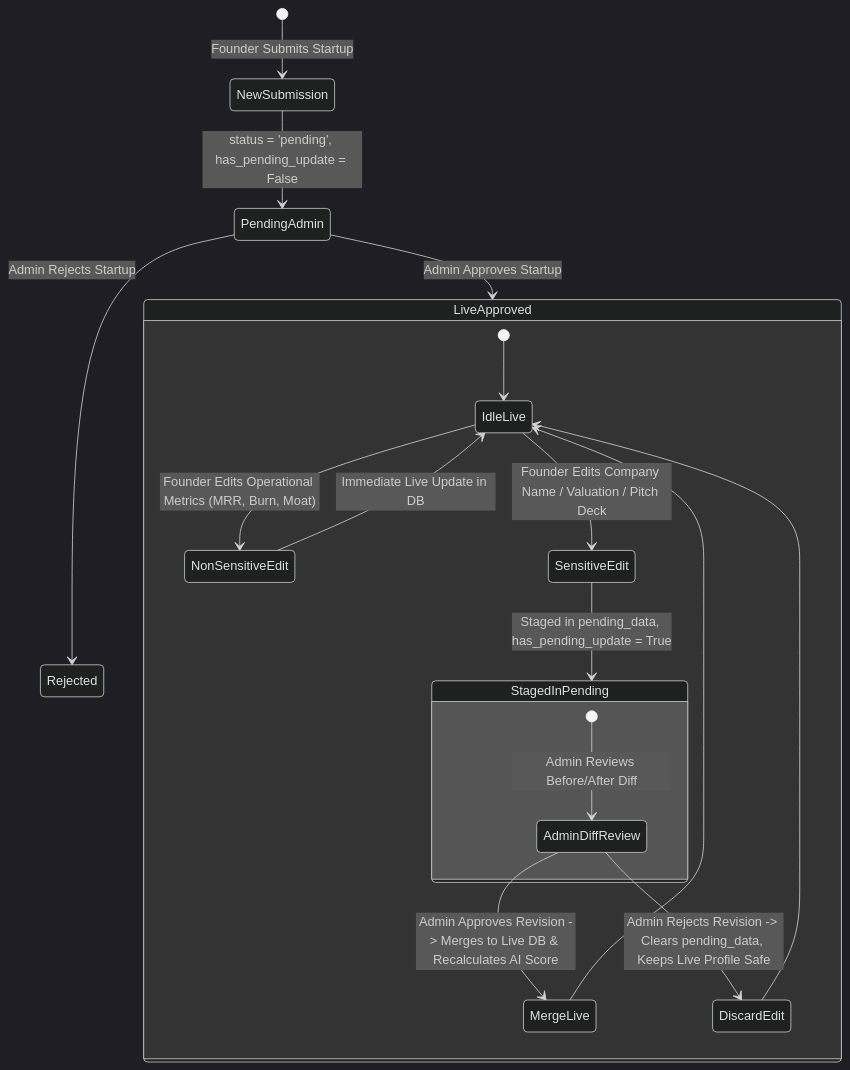
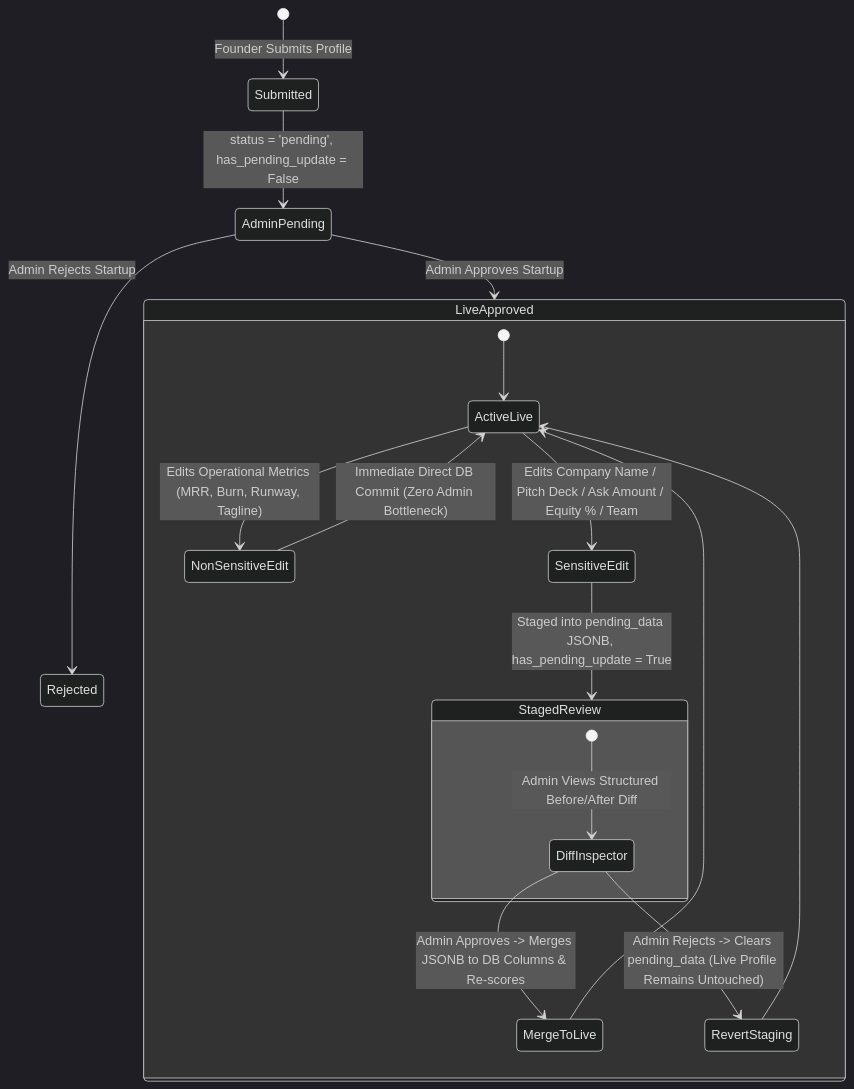
The fourth of 4 diagrams in README.md (AadithyaNayakV/Startup-Foundary), drawn with Mermaid (dark theme) before and after one commit. The commit also changed other lines of this file and 4 other files, not shown here.

Commit message:
feat: implement startup creation and editing UI with integrated team member management and backend service integration

````diff
--- a/README.md
+++ b/README.md
@@ -222,25 +173,25 @@
 ```mermaid
 stateDiagram-v2
-    [*] --> NewSubmission: Founder Submits Startup
-    NewSubmission --> PendingAdmin: status = 'pending', has_pending_update = False
+    [*] --> Submitted: Founder Submits Profile
+    Submitted --> AdminPending: status = 'pending', has_pending_update = False
     
-    PendingAdmin --> LiveApproved: Admin Approves Startup
-    PendingAdmin --> Rejected: Admin Rejects Startup
+    AdminPending --> LiveApproved: Admin Approves Startup
+    AdminPending --> Rejected: Admin Rejects Startup
     
     state LiveApproved {
-        [*] --> IdleLive
-        IdleLive --> NonSensitiveEdit: Founder Edits Operational Metrics (MRR, Burn, Moat)
-        NonSensitiveEdit --> IdleLive: Immediate Live Update in DB
+        [*] --> ActiveLive
+        ActiveLive --> NonSensitiveEdit: Edits Operational Metrics (MRR, Burn, Runway, Tagline)
+        NonSensitiveEdit --> ActiveLive: Immediate Direct DB Commit (Zero Admin Bottleneck)
         
-        IdleLive --> SensitiveEdit: Founder Edits Company Name / Valuation / Pitch Deck
-        SensitiveEdit --> StagedInPending: Staged in pending_data, has_pending_update = True
+        ActiveLive --> SensitiveEdit: Edits Company Name / Pitch Deck / Ask Amount / Equity % / Team
+        SensitiveEdit --> StagedReview: Staged into pending_data JSONB, has_pending_update = True
         
-        state StagedInPending {
-            [*] --> AdminDiffReview: Admin Reviews Before/After Diff
-            AdminDiffReview --> MergeLive: Admin Approves Revision -> Merges to Live DB & Recalculates AI Score
-            AdminDiffReview --> DiscardEdit: Admin Rejects Revision -> Clears pending_data, Keeps Live Profile Safe
+        state StagedReview {
+            [*] --> DiffInspector: Admin Views Structured Before/After Diff
+            DiffInspector --> MergeToLive: Admin Approves -> Merges JSONB to DB Columns & Re-scores
+            DiffInspector --> RevertStaging: Admin Rejects -> Clears pending_data (Live Profile Remains Untouched)
         }
-        MergeLive --> IdleLive
-        DiscardEdit --> IdleLive
+        MergeToLive --> ActiveLive
+        RevertStaging --> ActiveLive
     }
 ```
````
